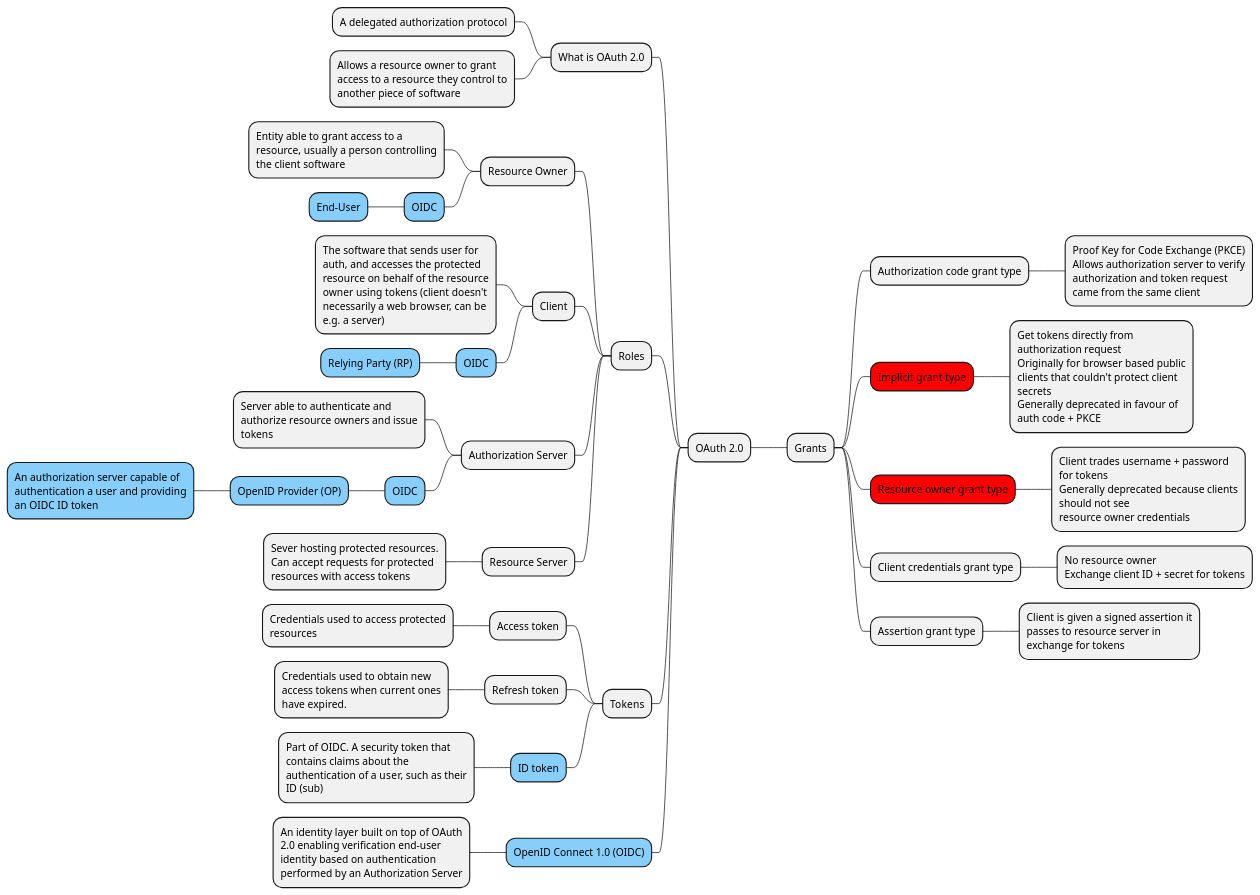
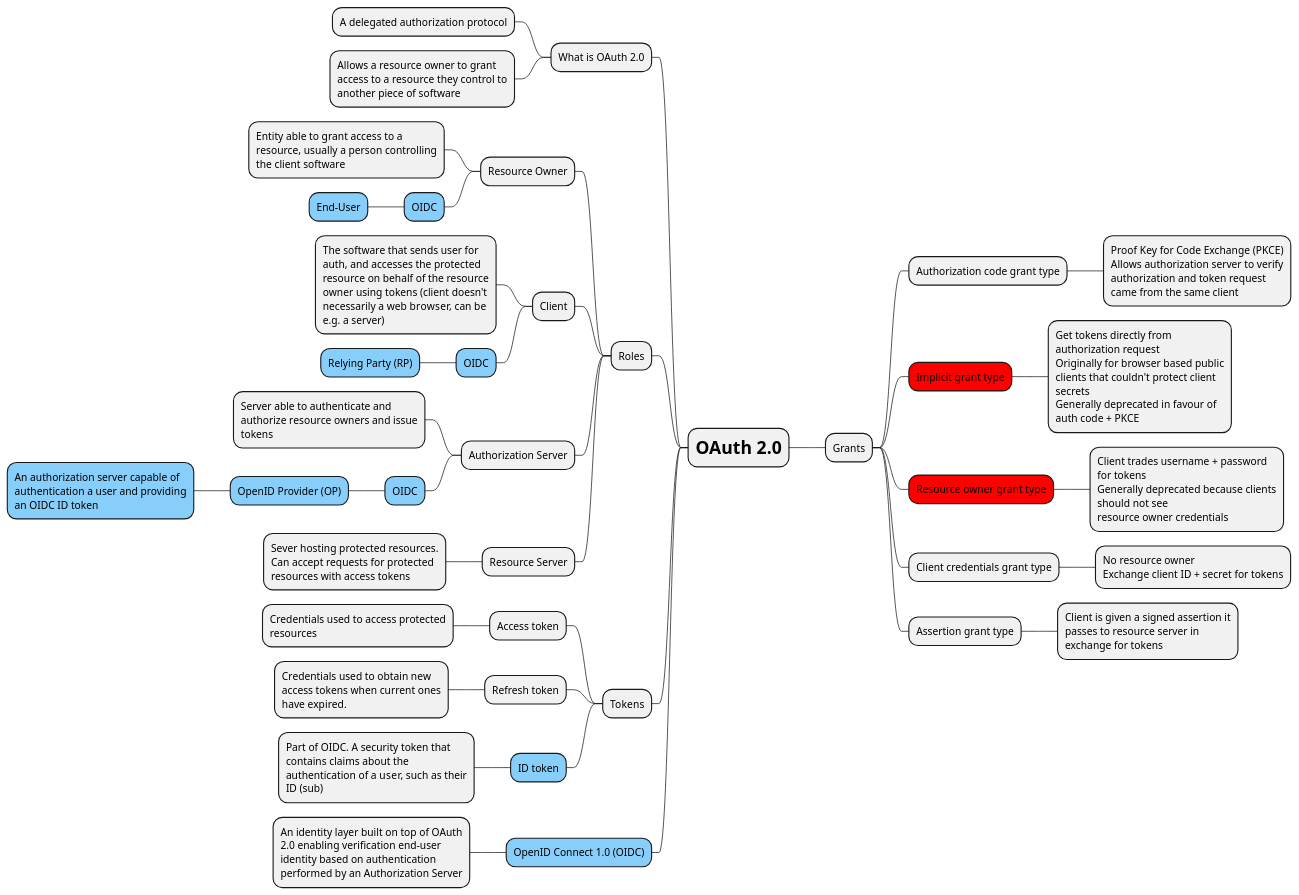
The diagram in oauth/oauth.puml (hwride/auth), drawn with PlantUML before and after one commit.

Commit message:
Make central node bigger

```diff
--- a/oauth/oauth.puml
+++ b/oauth/oauth.puml
@@ -1,60 +1,60 @@
 @startmindmap
 
 <style>
 node {
     MaximumWidth 250
 }
 </style>
 
-+ OAuth 2.0
++ <size:24><b>OAuth 2.0</b></size>
 ++ Grants
 *** Authorization code grant type
 ****:Proof Key for Code Exchange (PKCE)
 Allows authorization server to verify authorization and token request came from the same client;
 ***[#red] Implicit grant type
 ****:Get tokens directly from authorization request
 Originally for browser based public clients that couldn't protect client secrets
 Generally deprecated in favour of auth code + PKCE;
 ***[#red] Resource owner grant type
 ****:Client trades username + password for tokens
 Generally deprecated because clients should not see
 resource owner credentials;
 *** Client credentials grant type
 **** No resource owner\nExchange client ID + secret for tokens
 *** Assertion grant type
 **** Client is given a signed assertion it passes to resource server in exchange for tokens
 
 left side
 
 ** What is OAuth 2.0
 *** A delegated authorization protocol
 *** Allows a resource owner to grant access to a resource they control to another piece of software
 
 ** Roles
 *** Resource Owner
 **** Entity able to grant access to a resource, usually a person controlling the client software
 ****[#LightSkyBlue] OIDC
 *****[#LightSkyBlue] End-User
 *** Client
 **** The software that sends user for auth, and accesses the protected resource on behalf of the resource owner using tokens (client doesn't necessarily a web browser, can be e.g. a server)
 ****[#LightSkyBlue] OIDC
 *****[#LightSkyBlue] Relying Party (RP)
 *** Authorization Server
 **** Server able to authenticate and authorize resource owners and issue tokens
 ****[#LightSkyBlue] OIDC
 *****[#LightSkyBlue] OpenID Provider (OP)
 ******[#LightSkyBlue] An authorization server capable of authentication a user and providing an OIDC ID token
 *** Resource Server
 **** Sever hosting protected resources. Can accept requests for protected resources with access tokens
 
 ** Tokens
 *** Access token
 **** Credentials used to access protected resources
 *** Refresh token
 **** Credentials used to obtain new access tokens when current ones have expired.
 ***[#LightSkyBlue] ID token
 **** Part of OIDC. A security token that contains claims about the authentication of a user, such as their ID (sub)
 
 **[#LightSkyBlue] OpenID Connect 1.0 (OIDC)
 *** An identity layer built on top of OAuth 2.0 enabling verification end-user identity based on authentication performed by an Authorization Server
 @endmindmap
```
